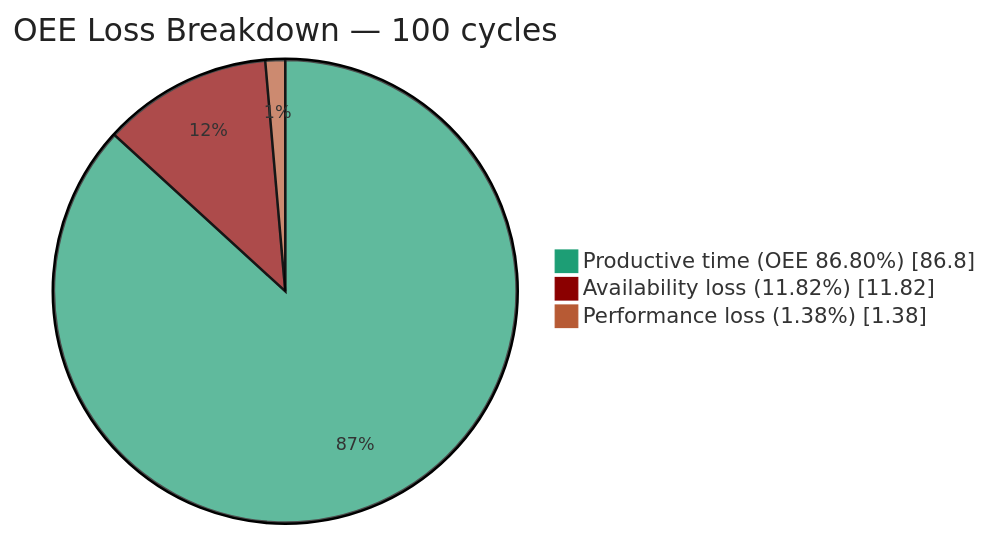
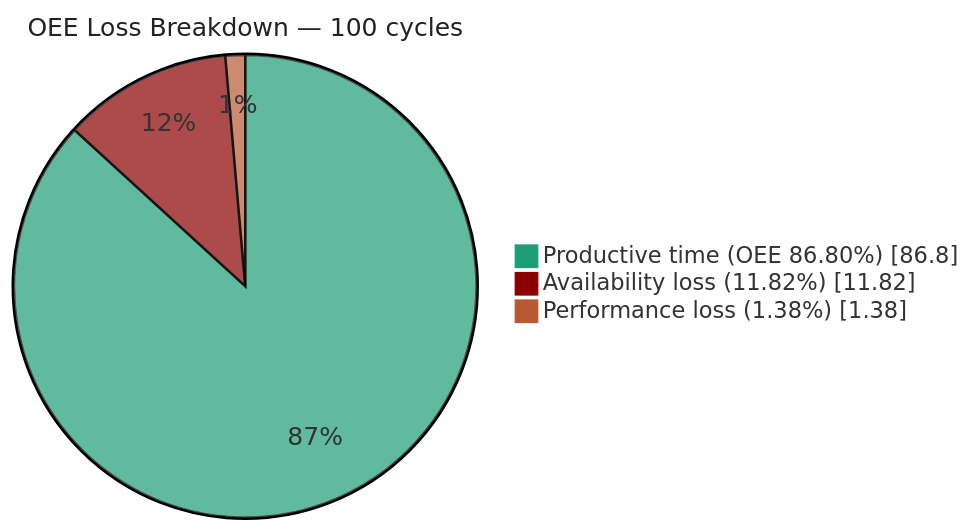
Before and after one commit to jorgefajardom-coder/drone-packaging-simulation-unity: the seventh of 16 diagrams in README.md, drawn with Mermaid. The commit also changed other lines of this file, not shown here.

Commit message:
README UPDATE

````diff
--- a/README.md
+++ b/README.md
@@ -1182,8 +1182,8 @@
 ```mermaid
-%%{init: {'theme': 'base', 'themeVariables': {'pie1': '#1D9E75', 'pie2': '#8b0000', 'pie3': '#B75A34', 'pieTextColor': '#fff', 'pieTitleTextColor': '#222', 'pieSectionTextSize': '14px'}}}%%
+%%{init: {'theme': 'base', 'themeVariables': {'pie1': '#1D9E75', 'pie2': '#8b0000', 'pie3': '#B75A34', 'pieTextColor': '#fff', 'pieTitleTextColor': '#222', 'pieSectionTextSize': '20px', 'pieLegendTextSize': '18px', 'pieTitleTextSize': '20px'}}}%%
 pie showData
     title OEE Loss Breakdown — 100 cycles
     "Productive time (OEE 86.80%)" : 86.80
     "Availability loss (11.82%)"   : 11.82
     "Performance loss (1.38%)"     : 1.38
 ```
````
